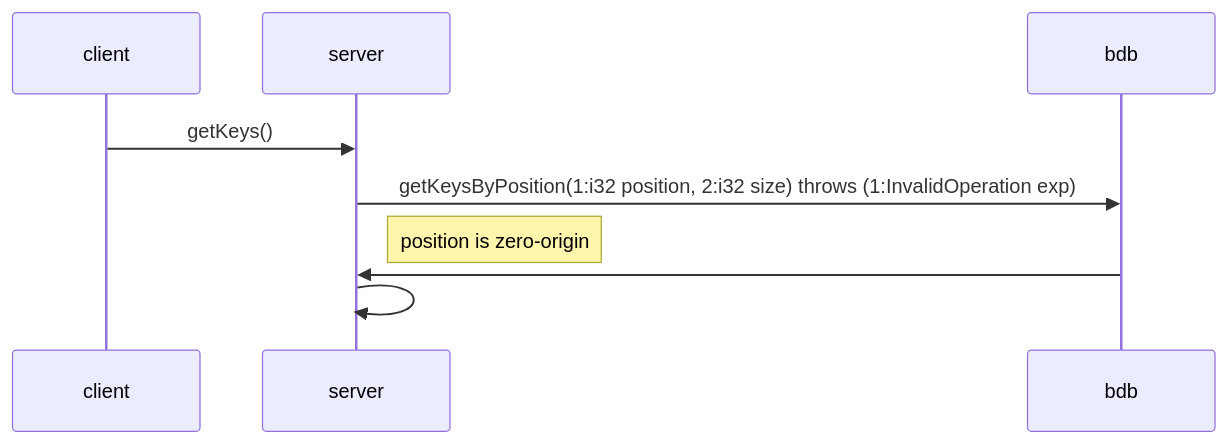
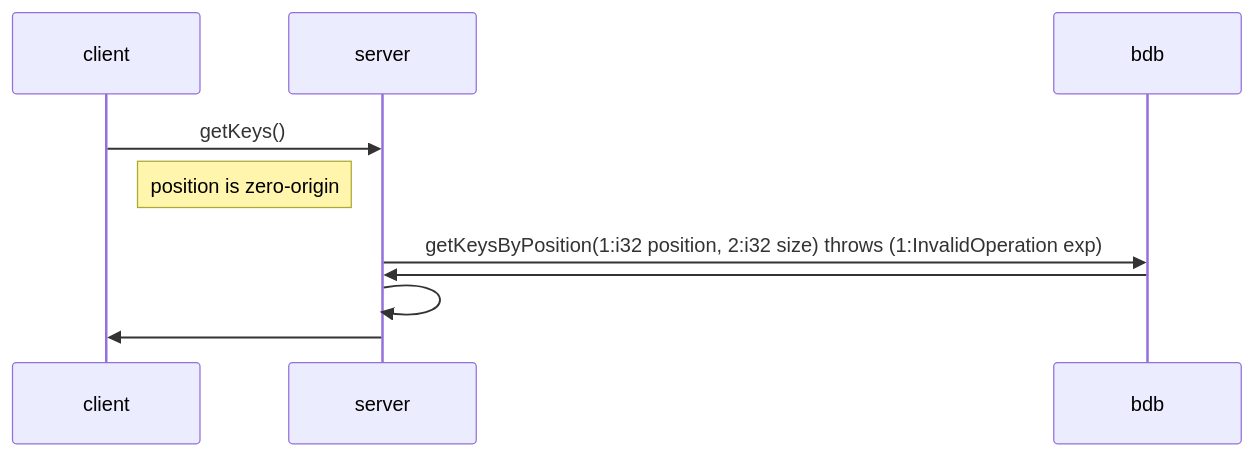
The diagram in THBDB/THBDB Client.md (kozkoz211/StackEdit), drawn with Mermaid before and after one commit. The commit also changed other lines of this file, not shown here.

Commit message:
THBDB/THBDB Client.md updated from https://stackedit.io/

````diff
--- a/THBDB/THBDB Client.md
+++ b/THBDB/THBDB Client.md
@@ -11,12 +11,16 @@
 ```mermaid
 sequenceDiagram
 client ->> server: getKeys()
+
+Note right of client: position is zero-origin
+
 server ->> bdb: getKeysByPosition(1:i32 position, 2:i32  size) throws (1:InvalidOperation exp)
 
-Note right of server: position is zero-origin
+
 bdb ->> server: 
 server ->> server: 
+server ->> client: 
 
 
 
 ```
````
